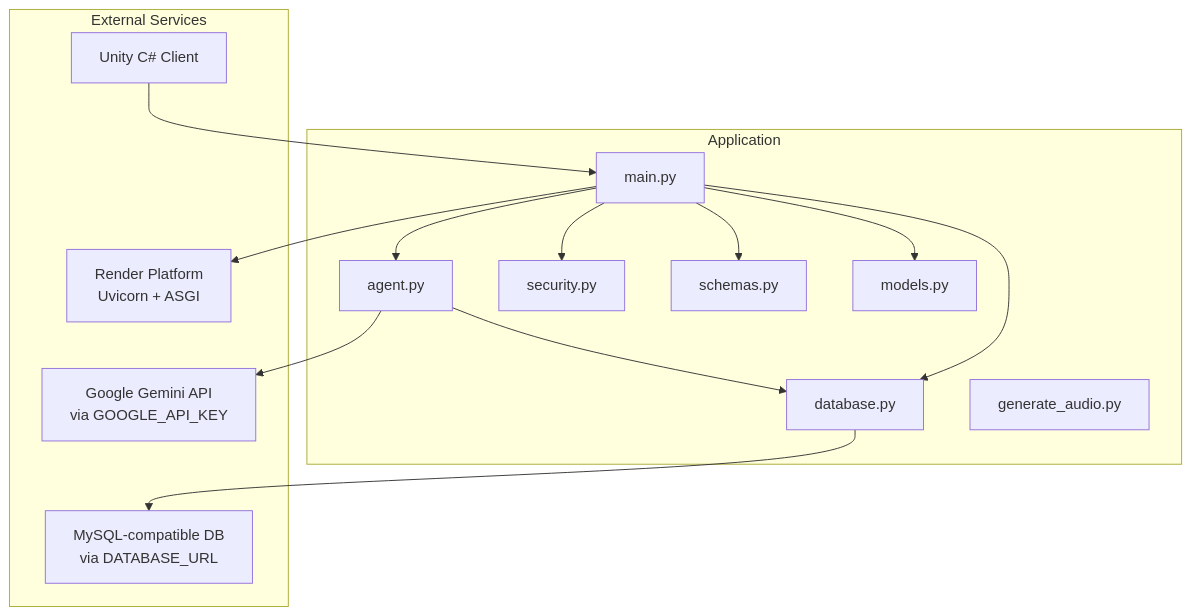
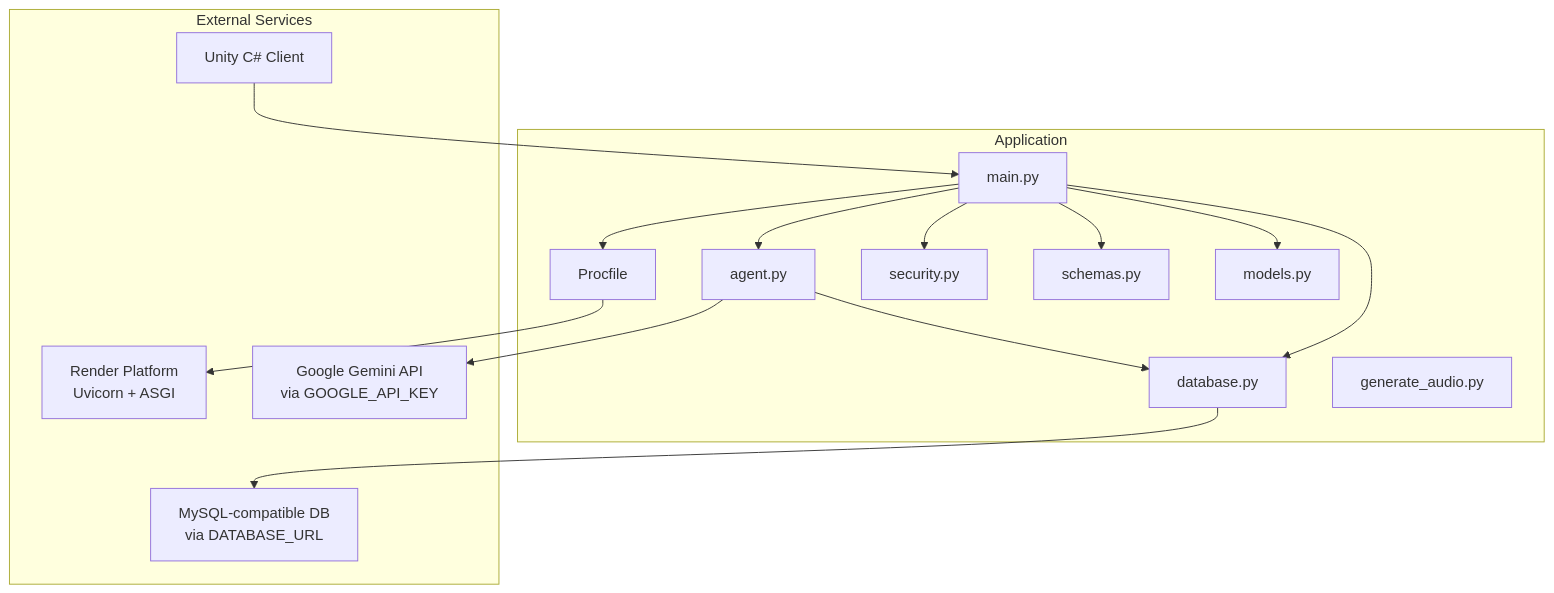
One commit to vinhle-HCMUT/MuseAmigo_API changed the first of 7 diagrams in .qoder/repowiki/en/content/Deployment & Production.md. Above: the diagram before and after it, drawn with Mermaid. The commit also changed other lines of this file and 4 other files, not shown here.

````diff
--- a/.qoder/repowiki/en/content/Deployment & Production.md
+++ b/.qoder/repowiki/en/content/Deployment & Production.md
@@ -42,28 +51,30 @@
 ```mermaid
 graph TB
 subgraph "Application"
 Main["main.py"]
 DB["database.py"]
 Models["models.py"]
 Schemas["schemas.py"]
 Security["security.py"]
 Agent["agent.py"]
 Audio["generate_audio.py"]
+Proc["Procfile"]
 end
 subgraph "External Services"
 MySQL["MySQL-compatible DB<br/>via DATABASE_URL"]
 Gemini["Google Gemini API<br/>via GOOGLE_API_KEY"]
 Render["Render Platform<br/>Uvicorn + ASGI"]
 Unity["Unity C# Client"]
 end
 Main --> DB
 Main --> Models
 Main --> Schemas
 Main --> Security
 Main --> Agent
 Agent --> DB
 Agent --> Gemini
 DB --> MySQL
-Main --> Render
+Main --> Proc
+Proc --> Render
 Unity --> Main
 ```
````
